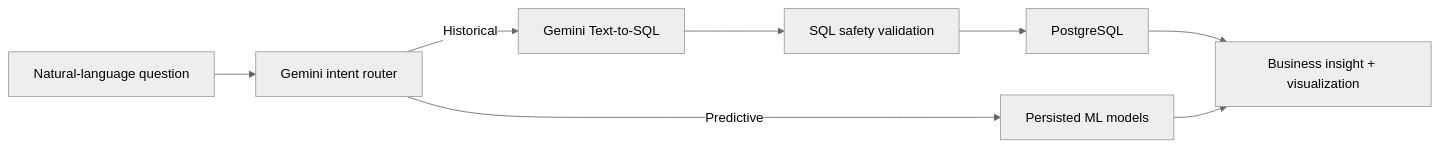
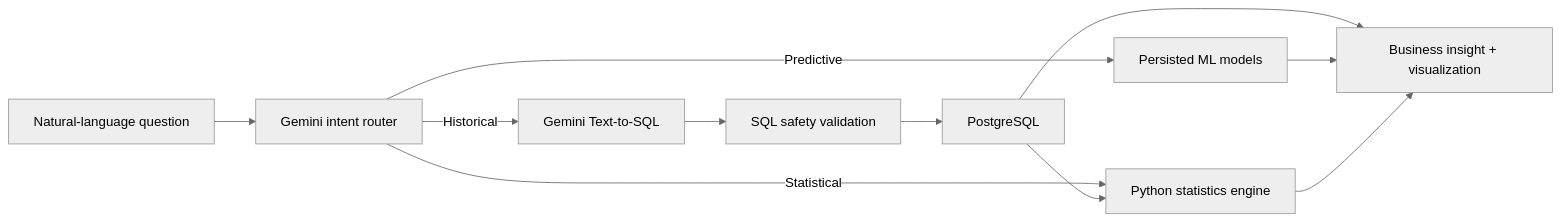
The first of 7 diagrams in README.md (Pardhu156/Enterprise-AI-SQL-Analytics-Copilot), drawn with Mermaid (neutral theme) before and after one commit. The commit also changed other lines of this file and 26 other files, not shown here.

````diff
--- a/README.md
+++ b/README.md
@@ -19,10 +19,13 @@
 ```mermaid
 flowchart LR
     Q["Natural-language question"] --> R["Gemini intent router"]
     R -->|"Historical"| G["Gemini Text-to-SQL"]
     G --> V["SQL safety validation"]
     V --> P["PostgreSQL"]
     R -->|"Predictive"| M["Persisted ML models"]
+    R -->|"Statistical"| ST["Python statistics engine"]
+    P --> ST
     P --> O["Business insight + visualization"]
     M --> O
+    ST --> O
 ```
````
